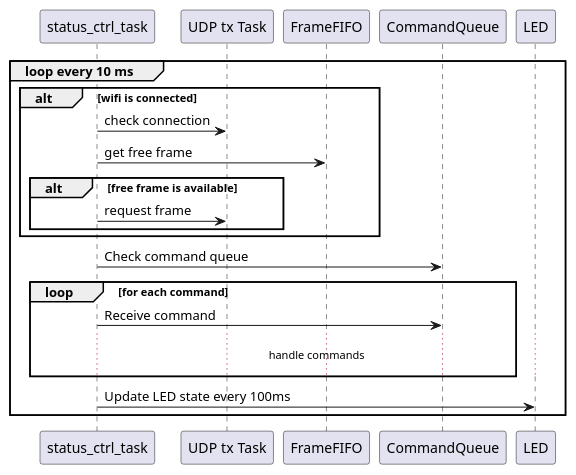
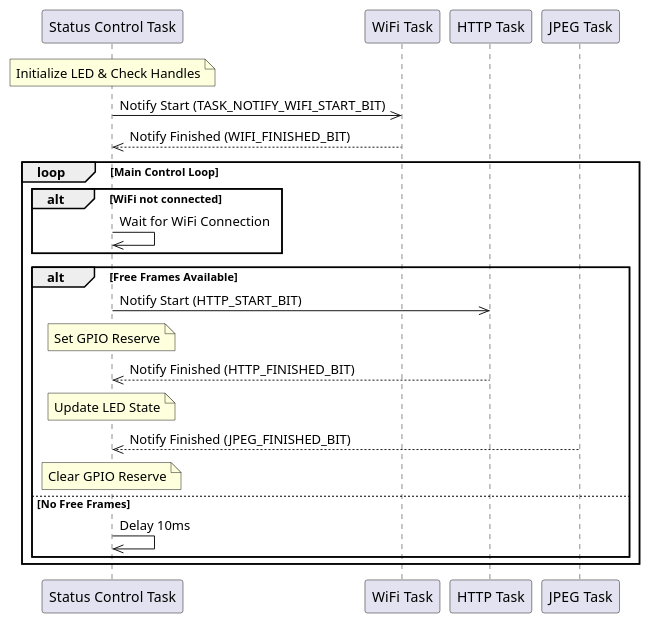
The diagram in ESP32/doc/status_control_task.puml (SimonKohler88/Globus), drawn with PlantUML before and after one commit. The commit also changed 19 other files, not shown here.

```diff
--- a/ESP32/doc/status_control_task.puml
+++ b/ESP32/doc/status_control_task.puml
@@ -1,29 +1,32 @@
 @startuml
+participant Control as "Status Control Task"
+participant WiFi as "WiFi Task"
+participant HTTP as "HTTP Task"
+participant JPEG as "JPEG Task"
 
-participant "status_ctrl_task" as T
-participant "UDP tx Task" as Wifi
-participant "FrameFIFO" as FIFO
-participant "CommandQueue" as CQ
-participant "LED" as LED
+Note over Control: Initialize LED & Check Handles
 
+Control->>WiFi: Notify Start (TASK_NOTIFY_WIFI_START_BIT)
+WiFi-->>Control: Notify Finished (WIFI_FINISHED_BIT)
 
-group loop every 10 ms
-    alt wifi is connected
-        T -> Wifi: check connection
-        T -> FIFO: get free frame
-        alt free frame is available
-            T -> Wifi: request frame
-        end
+loop Main Control Loop
+    alt WiFi not connected
+        Control->>Control: Wait for WiFi Connection
     end
 
-    T -> CQ: Check command queue
-    loop for each command
-        T -> CQ: Receive command
-        ... handle commands ...
+    alt Free Frames Available
+        Control->>HTTP: Notify Start (HTTP_START_BIT)
+        Note over Control: Set GPIO Reserve
+
+        HTTP-->>Control: Notify Finished (HTTP_FINISHED_BIT)
+        Note over Control: Update LED State
+
+        JPEG-->>Control: Notify Finished (JPEG_FINISHED_BIT)
+        Note over Control: Clear GPIO Reserve
+    else No Free Frames
+        Control->>Control: Delay 10ms
     end
-
-    T -> LED: Update LED state every 100ms
 end
 
 
 @enduml
```
